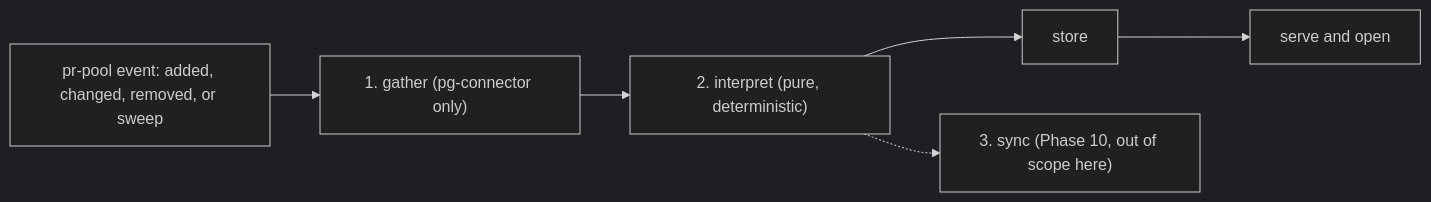
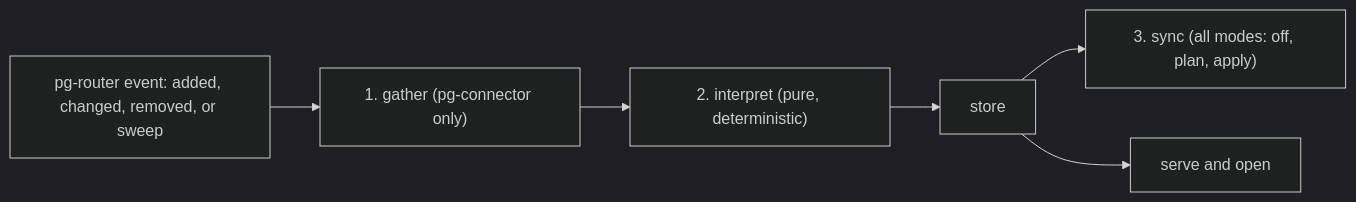
Before and after one commit to phillipgreenii/nix-agent-support: the diagram in docs/behavior/pg-desk/pipeline-run.md, drawn with Mermaid (dark theme). The commit also changed other lines of this file and 21 other files, not shown here.

````diff
--- a/docs/behavior/pg-desk/pipeline-run.md
+++ b/docs/behavior/pg-desk/pipeline-run.md
@@ -11,8 +11,8 @@
 ```mermaid
 flowchart LR
-    EV["pr-pool event: added, changed, removed, or sweep"] --> G["1. gather (pg-connector only)"]
+    EV["pg-router event: added, changed, removed, or sweep"] --> G["1. gather (pg-connector only)"]
     G --> I["2. interpret (pure, deterministic)"]
     I --> ST["store"]
-    I -.-> S["3. sync (Phase 10, out of scope here)"]
+    ST --> S["3. sync (all modes: off, plan, apply)"]
     ST --> SV["serve and open"]
 ```
````
